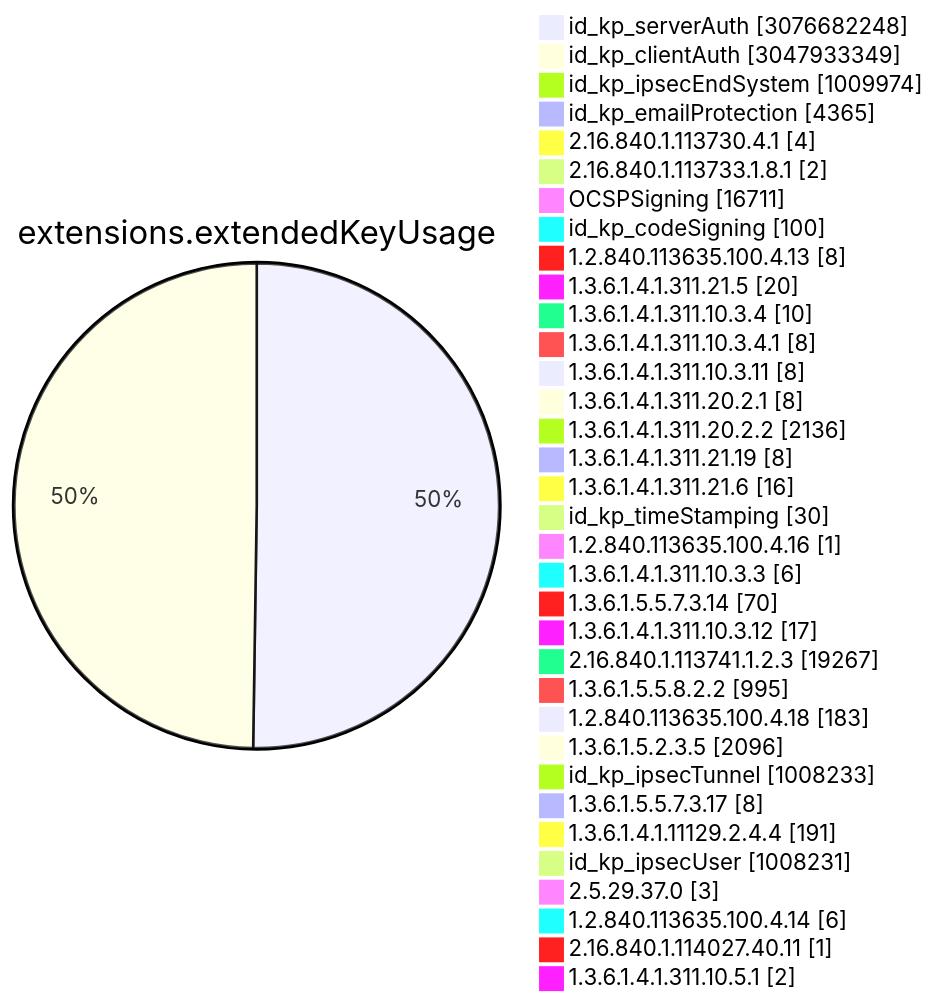
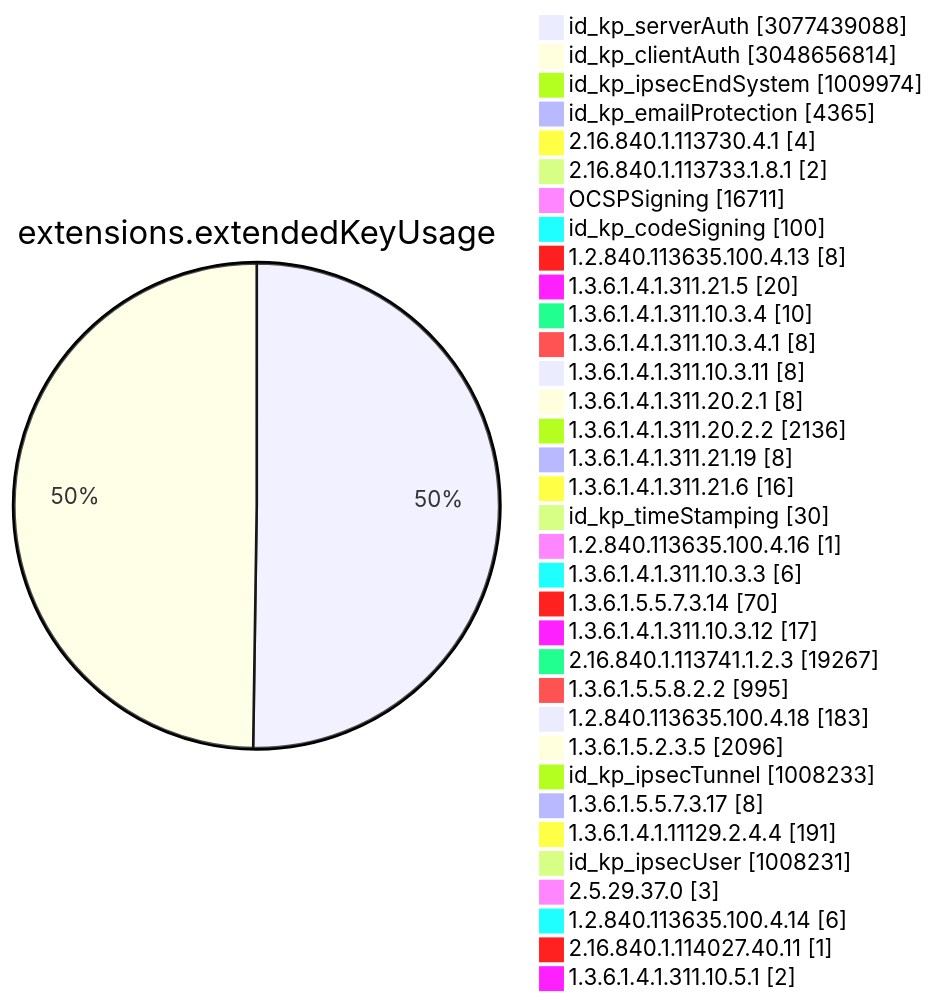
Before and after one commit to christiankrug/ctmonitor_visualization: diagram 11 of 15 in TOTAL/README.md, drawn with Mermaid. The commit also changed other lines of this file, not shown here.

````diff
--- a/TOTAL/README.md
+++ b/TOTAL/README.md
@@ -4117,38 +4117,38 @@
 ```mermaid
 pie showData
 title extensions.extendedKeyUsage
-"id_kp_serverAuth" :3076682248
-"id_kp_clientAuth" :3047933349
+"id_kp_serverAuth" :3077439088
+"id_kp_clientAuth" :3048656814
 "id_kp_ipsecEndSystem" :1009974
 "id_kp_emailProtection" :4365
 "2.16.840.1.113730.4.1" :4
 "2.16.840.1.113733.1.8.1" :2
 "OCSPSigning" :16711
 "id_kp_codeSigning" :100
 "1.2.840.113635.100.4.13" :8
 "1.3.6.1.4.1.311.21.5" :20
 "1.3.6.1.4.1.311.10.3.4" :10
 "1.3.6.1.4.1.311.10.3.4.1" :8
 "1.3.6.1.4.1.311.10.3.11" :8
 "1.3.6.1.4.1.311.20.2.1" :8
 "1.3.6.1.4.1.311.20.2.2" :2136
 "1.3.6.1.4.1.311.21.19" :8
 "1.3.6.1.4.1.311.21.6" :16
 "id_kp_timeStamping" :30
 "1.2.840.113635.100.4.16" :1
 "1.3.6.1.4.1.311.10.3.3" :6
 "1.3.6.1.5.5.7.3.14" :70
 "1.3.6.1.4.1.311.10.3.12" :17
 "2.16.840.1.113741.1.2.3" :19267
 "1.3.6.1.5.5.8.2.2" :995
 "1.2.840.113635.100.4.18" :183
 "1.3.6.1.5.2.3.5" :2096
 "id_kp_ipsecTunnel" :1008233
 "1.3.6.1.5.5.7.3.17" :8
 "1.3.6.1.4.1.11129.2.4.4" :191
 "id_kp_ipsecUser" :1008231
 "2.5.29.37.0" :3
 "1.2.840.113635.100.4.14" :6
 "2.16.840.1.114027.40.11" :1
 "1.3.6.1.4.1.311.10.5.1" :2
 ```
````
